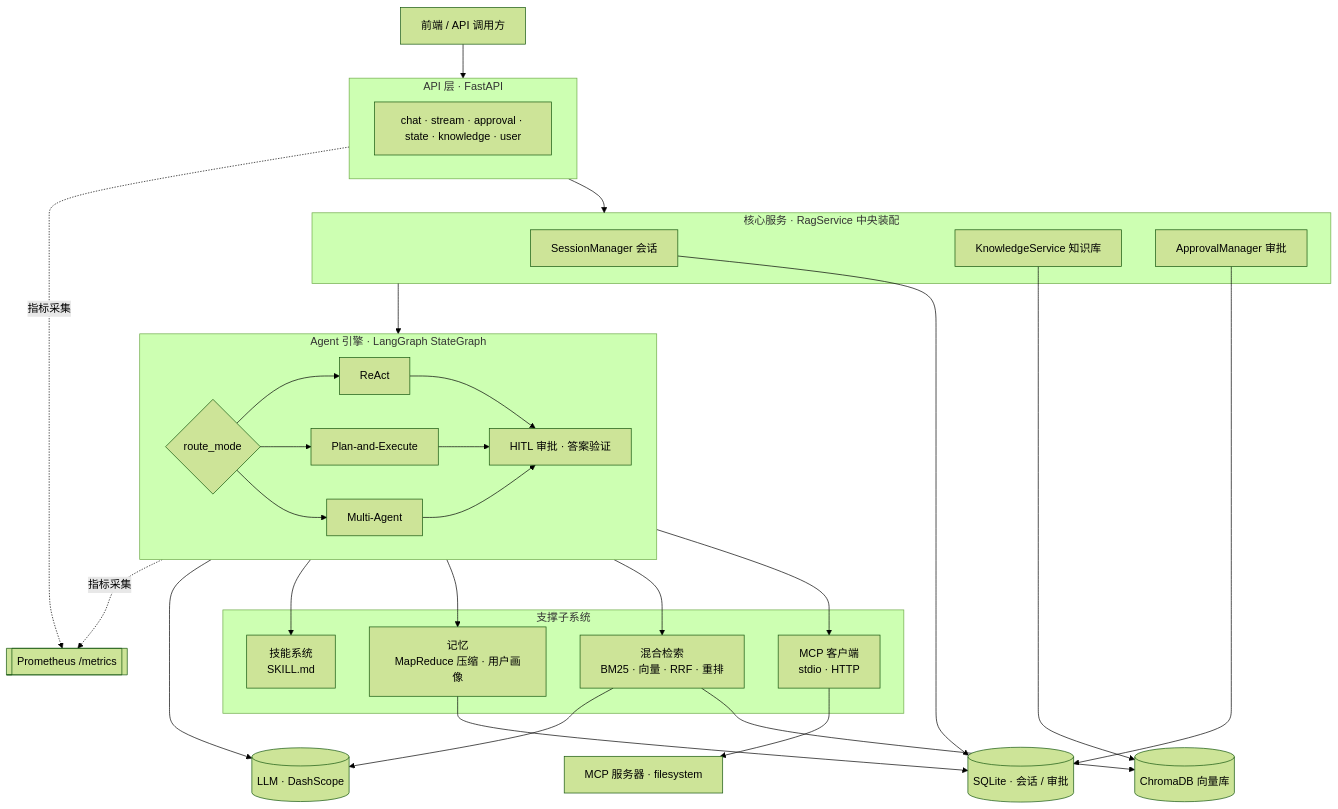
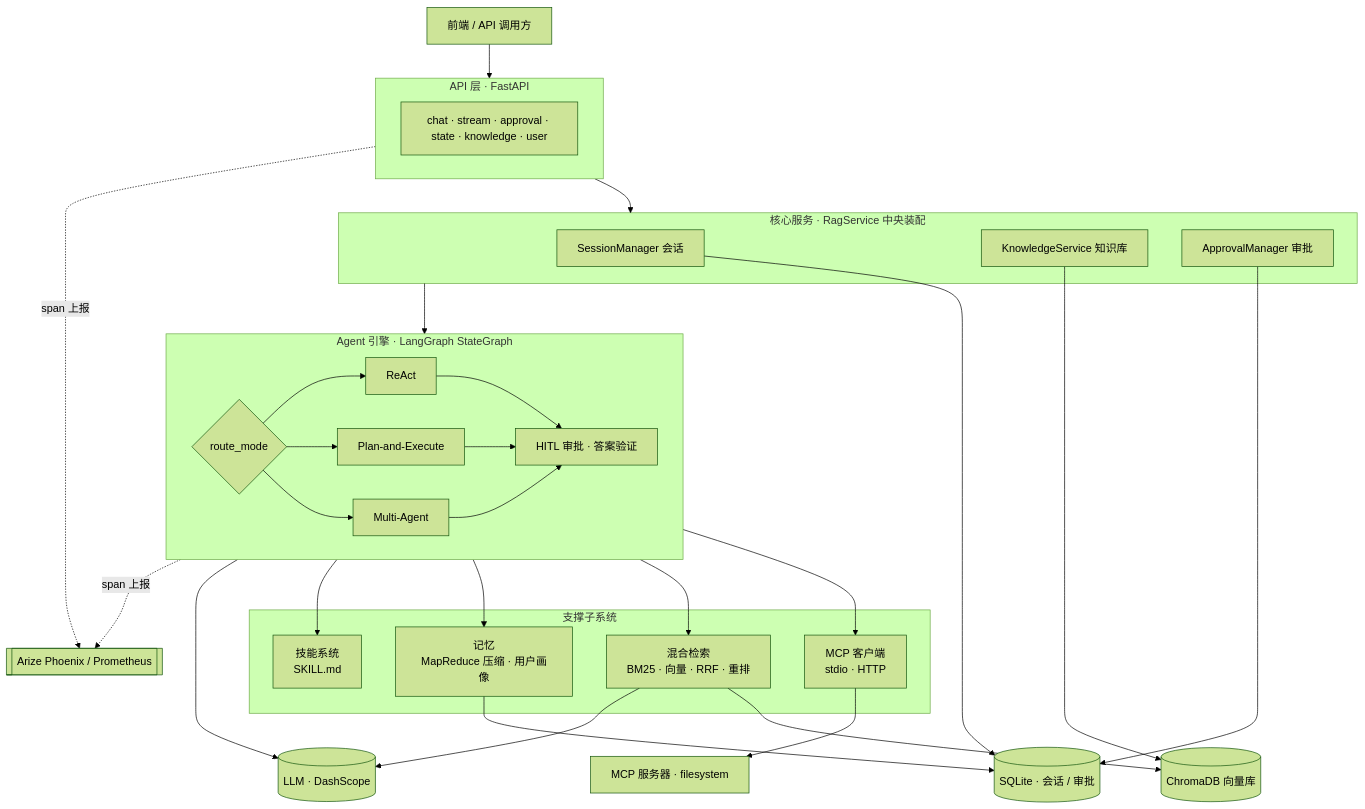
Before and after one commit to opase/z-agent: the first of 7 diagrams in readme.md, drawn with Mermaid (forest theme). The commit also changed other lines of this file and 17 other files, not shown here.

````diff
--- a/readme.md
+++ b/readme.md
@@ -112,59 +112,59 @@
 ```mermaid
 flowchart TB
     FE[前端 / API 调用方]
 
     subgraph API[API 层 · FastAPI]
         A1[chat · stream · approval · state · knowledge · user]
     end
 
     subgraph CORE[核心服务 · RagService 中央装配]
         C1[SessionManager 会话]
         C2[KnowledgeService 知识库]
         C3[ApprovalManager 审批]
     end
 
     subgraph ENGINE[Agent 引擎 · LangGraph StateGraph]
         E0{route_mode}
         E1[ReAct]
         E2[Plan-and-Execute]
         E3[Multi-Agent]
         EV[HITL 审批 · 答案验证]
         E0 --> E1
         E0 --> E2
         E0 --> E3
         E1 --> EV
         E2 --> EV
         E3 --> EV
     end
 
     subgraph SUB[支撑子系统]
         S1[MCP 客户端<br/>stdio · HTTP]
         S2[混合检索<br/>BM25 · 向量 · RRF · 重排]
         S3[记忆<br/>MapReduce 压缩 · 用户画像]
         S4[技能系统<br/>SKILL.md]
     end
 
     LLM[(LLM · DashScope)]
     VDB[(ChromaDB 向量库)]
     SQL[(SQLite · 会话 / 审批)]
     MCPS[MCP 服务器 · filesystem]
-    PROM[[Prometheus /metrics]]
+    OTEL[[Arize Phoenix / Prometheus]]
 
     FE --> API
     API --> CORE
     CORE --> ENGINE
     ENGINE --> S1
     ENGINE --> S2
     ENGINE --> S3
     ENGINE --> S4
     ENGINE --> LLM
     S1 --> MCPS
     S2 --> VDB
     S2 --> LLM
     S3 --> SQL
     C1 --> SQL
     C2 --> VDB
     C3 --> SQL
-    API -. 指标采集 .-> PROM
-    ENGINE -. 指标采集 .-> PROM
+    API -. span 上报 .-> OTEL
+    ENGINE -. span 上报 .-> OTEL
 ```
````
